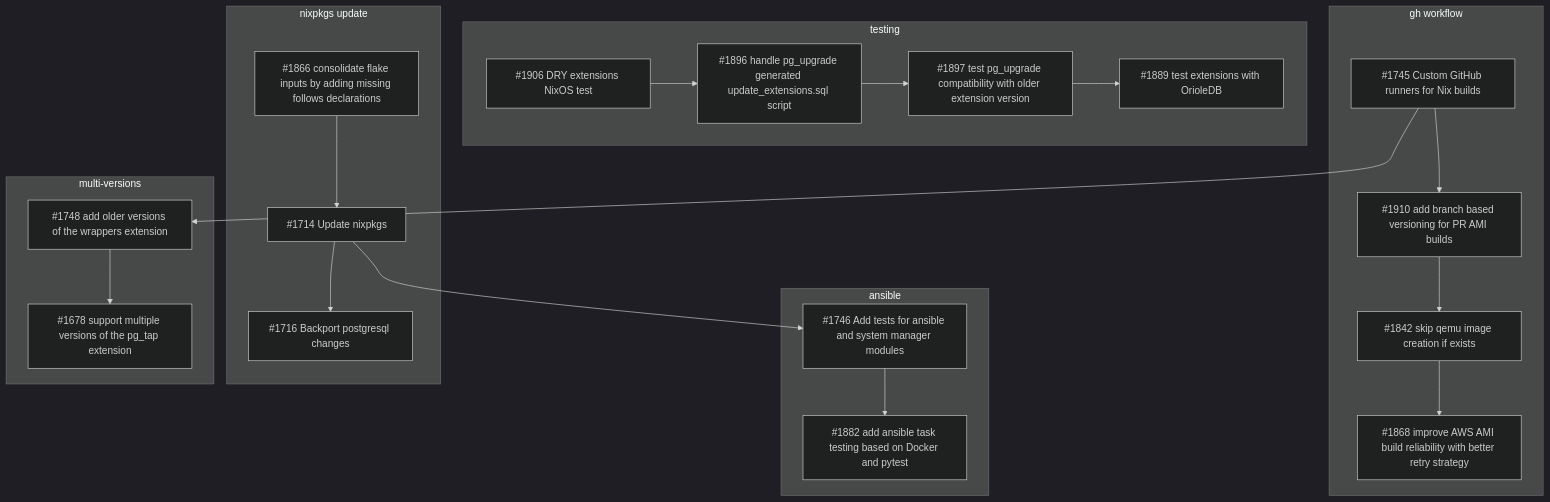
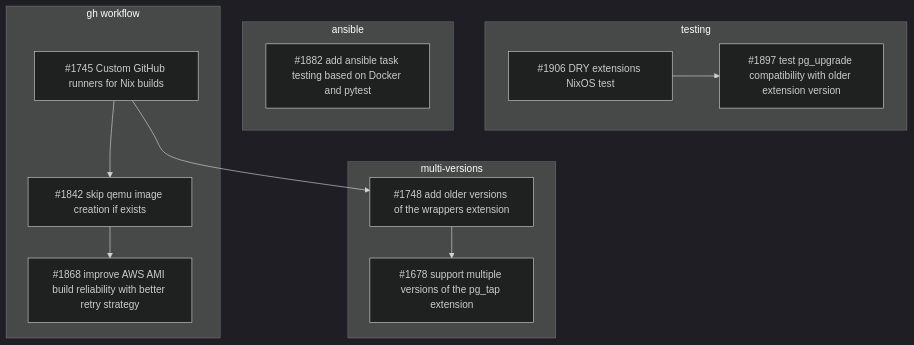
Before and after one commit to supabase/postgres: the first of 3 diagrams in nix/docs/ROADMAP.md, drawn with Mermaid (dark theme). The commit also changed other lines of this file, not shown here.

Commit message:
Update roadmap with closed PR

````diff
--- a/nix/docs/ROADMAP.md
+++ b/nix/docs/ROADMAP.md
@@ -3,69 +3,48 @@
 ```mermaid
 graph TD
  
-    %% nixpkgs update
-    1866[#1866 consolidate flake inputs by adding missing follows declarations]
-    1714[#1714 Update nixpkgs]
-    1716[#1716 Backport postgresql changes]
-
-    click 1866 "https://github.com/supabase/postgres/pull/1866" "Open PR #1866"
-    click 1714 "https://github.com/supabase/postgres/pull/1714" "Open PR #1714"
-    click 1716 "https://github.com/supabase/postgres/pull/1716" "Open PR #1716"
-
-    subgraph nixpkgs-update["nixpkgs update"]
-        1866 --> 1714 --> 1716
-    end
-
     %% testing
     1906[#1906 DRY extensions NixOS test]
-    1896[#1896 handle pg_upgrade generated update_extensions.sql script]
     1897[#1897 test pg_upgrade compatibility with older extension version]
-    1889[#1889 test extensions with OrioleDB]
 
     subgraph testing["testing"]
-        1906 --> 1896 --> 1897 --> 1889
+        1906 --> 1897
     end
 
     click 1906 "https://github.com/supabase/postgres/pull/1906" "Open PR #1906"
-    click 1896 "https://github.com/supabase/postgres/pull/1896" "Open PR #1896"
     click 1897 "https://github.com/supabase/postgres/pull/1897" "Open PR #1897"
-    click 1889 "https://github.com/supabase/postgres/pull/1889" "Open PR #1889"
 
     %% multi-versions
     1678[#1678 support multiple versions of the pg_tap extension]
     1748[#1748 add older versions of the wrappers extension]
 
     subgraph multi-versions["multi-versions"]
         1748 --> 1678
     end
 
     click 1678 "https://github.com/supabase/postgres/pull/1678" "Open PR #1678"
     click 1748 "https://github.com/supabase/postgres/pull/1748" "Open PR #1748"
 
     %% gh workflow
-    1910[#1910 add branch based versioning for PR AMI builds]
     1868[#1868 improve AWS AMI build reliability with better retry strategy]
     1842[#1842 skip qemu image creation if exists]
     1745[#1745 Custom GitHub runners for Nix builds]
 
     subgraph gh-workflow["gh workflow"]
-        1745 --> 1910 --> 1842 --> 1868
+        1745 --> 1842 --> 1868
         1745 --> 1748
     end
 
-    click 1910 "https://github.com/supabase/postgres/pull/1910" "Open PR #1910"
     click 1868 "https://github.com/supabase/postgres/pull/1868" "Open PR #1868"
     click 1842 "https://github.com/supabase/postgres/pull/1842" "Open PR #1842"
     click 1745 "https://github.com/supabase/postgres/pull/1745" "Open PR #1745"
 
     %% ansible
-    1746[#1746 Add tests for ansible and system manager modules]
     1882[#1882 add ansible task testing based on Docker and pytest]
 
     subgraph ansible["ansible"]
-        1714 --> 1746 --> 1882
+        1882
     end
 
-    click 1746 "https://github.com/supabase/postgres/pull/1746" "Open PR #1746"
     click 1882 "https://github.com/supabase/postgres/pull/1882" "Open PR #1882"
 ```
````
